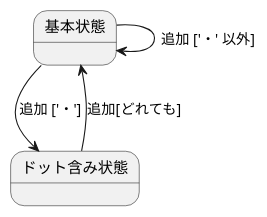
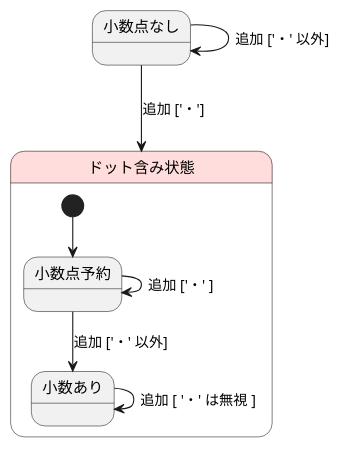
The diagram in app/sampledata/scoperand.puml (sawaikatyou/SimpleCalculator), drawn with PlantUML before and after one commit. The commit also changed 1 other file, not shown here.

```diff
--- a/app/sampledata/scoperand.puml
+++ b/app/sampledata/scoperand.puml
@@ -1,9 +1,14 @@
 @startuml
-state 基本状態
-state ドット含み状態
+state 小数点なし
 
-  基本状態 -->ドット含み状態 : 追加 ['・']
-  基本状態 -->基本状態 : 追加 ['・' 以外]
-  ドット含み状態 --> 基本状態 : 追加[どれても]
+  小数点なし -->ドット含み状態 : 追加 ['・']
+  小数点なし -->小数点なし : 追加 ['・' 以外]
+
+state ドット含み状態 #FFDDDD {
+    [*] --> 小数点予約
+   小数点予約 -->小数点予約 : 追加 ['・' ]
+   小数点予約 -->小数あり : 追加 ['・' 以外]
+   小数あり -->小数あり : 追加 [ '・' は無視 ]
+}
 
 @enduml
```
